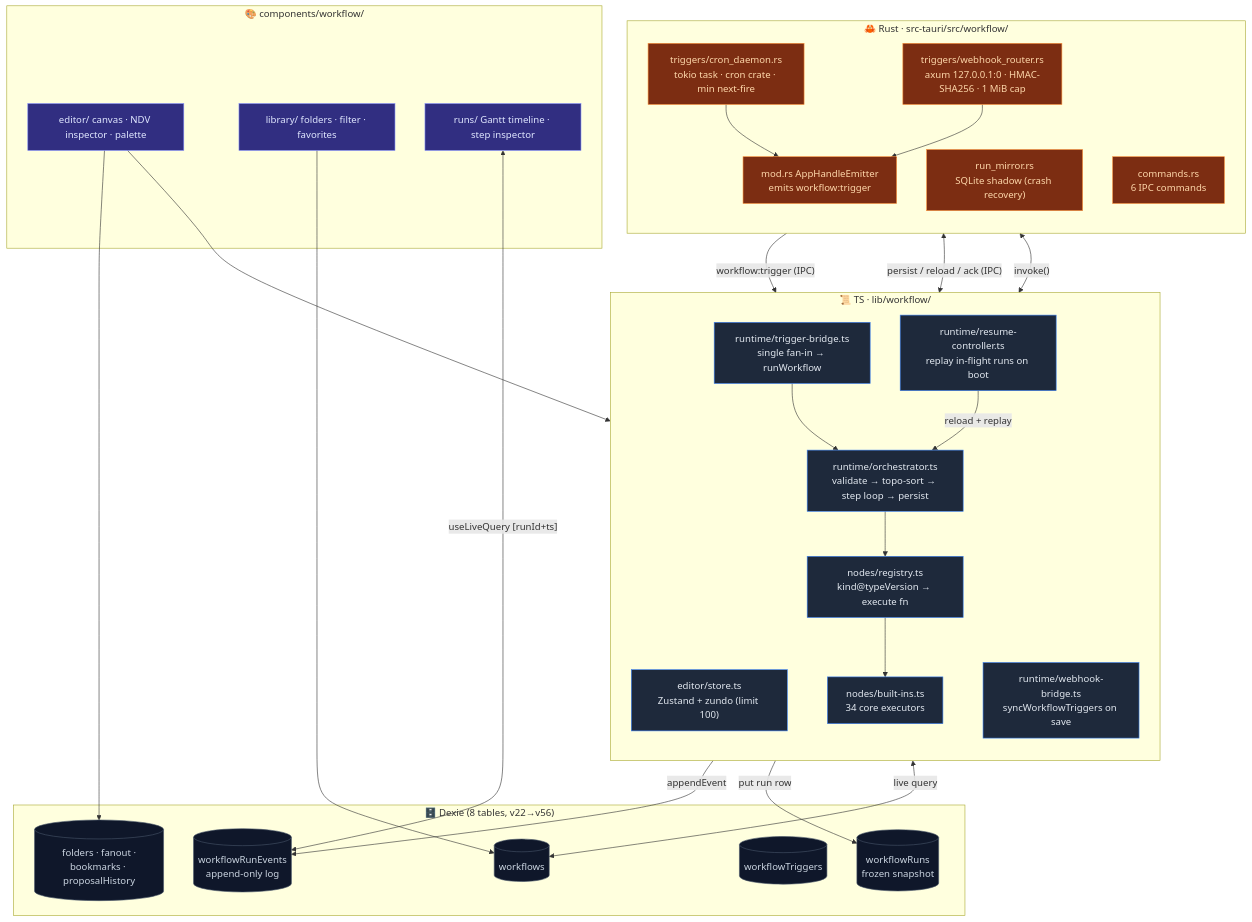
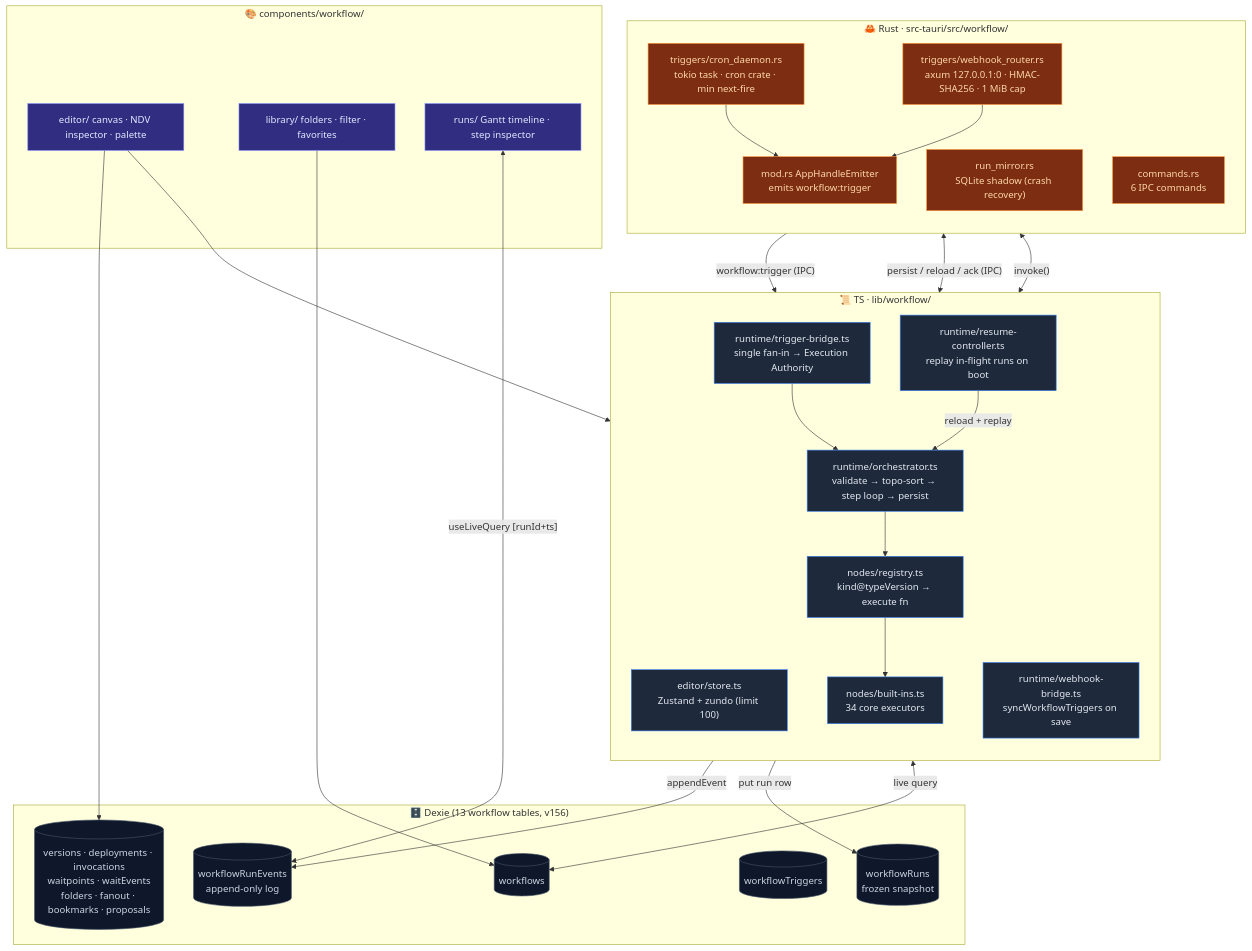
The diagram in docs/content/docs/en/subsystems/visual-workflows/index.mdx (MaxQian888/cognia-next), drawn with Mermaid before and after one commit. The commit also changed other lines of this file and 93 other files, not shown here.

First line of the commit message:
feat(workflow): persist governed execution state

````diff
--- a/docs/content/docs/en/subsystems/visual-workflows/index.mdx
+++ b/docs/content/docs/en/subsystems/visual-workflows/index.mdx
@@ -47,63 +47,63 @@
 ```mermaid
 flowchart TB
   subgraph Rust["🦀 Rust · src-tauri/src/workflow/"]
     direction TB
     Cron["triggers/cron_daemon.rs<br/>tokio task · cron crate · min next-fire"]
     Webhook["triggers/webhook_router.rs<br/>axum 127.0.0.1:0 · HMAC-SHA256 · 1 MiB cap"]
     Mirror["run_mirror.rs<br/>SQLite shadow (crash recovery)"]
     Commands["commands.rs<br/>6 IPC commands"]
     Emitter["mod.rs AppHandleEmitter<br/>emits workflow:trigger"]
   end
 
   subgraph TS["📜 TS · lib/workflow/"]
     direction TB
     Editor["editor/store.ts<br/>Zustand + zundo (limit 100)"]
     Orchestrator["runtime/orchestrator.ts<br/>validate → topo-sort → step loop → persist"]
     Registry["nodes/registry.ts<br/>kind@typeVersion → execute fn"]
     BuiltIns["nodes/built-ins.ts<br/>34 core executors"]
-    TriggerBridge["runtime/trigger-bridge.ts<br/>single fan-in → runWorkflow"]
+    TriggerBridge["runtime/trigger-bridge.ts<br/>single fan-in → Execution Authority"]
     WebhookBridge["runtime/webhook-bridge.ts<br/>syncWorkflowTriggers on save"]
     Resume["runtime/resume-controller.ts<br/>replay in-flight runs on boot"]
   end
 
-  subgraph Storage["🗄️ Dexie (8 tables, v22→v56)"]
+  subgraph Storage["🗄️ Dexie (13 workflow tables, v156)"]
     Workflows[(workflows)]
     Runs[(workflowRuns<br/>frozen snapshot)]
     Events[(workflowRunEvents<br/>append-only log)]
     Triggers[(workflowTriggers)]
-    Aux[(folders · fanout ·<br/>bookmarks · proposalHistory)]
+    Aux[(versions · deployments · invocations<br/>waitpoints · waitEvents<br/>folders · fanout · bookmarks · proposals)]
   end
 
   subgraph UI["🎨 components/workflow/"]
     Canvas["editor/ canvas · NDV inspector · palette"]
     Library["library/ folders · filter · favorites"]
     Runs2["runs/ Gantt timeline · step inspector"]
   end
 
   Cron --> Emitter
   Webhook --> Emitter
   Emitter -- "workflow:trigger (IPC)" --> TriggerBridge
   Mirror <-- "persist / reload / ack (IPC)" --> Orchestrator
   Commands <-- "invoke()" --> WebhookBridge
 
   TriggerBridge --> Orchestrator
   Orchestrator --> Registry --> BuiltIns
   Orchestrator -- "appendEvent" --> Events
   Orchestrator -- "put run row" --> Runs
   Resume -- "reload + replay" --> Orchestrator
   Editor <-- "live query" --> Workflows
   Runs2 <-- "useLiveQuery [runId+ts]" --> Events
 
   Canvas --> Editor
   Library --> Workflows
   Canvas --> Aux
 
   classDef rust fill:#7c2d12,stroke:#fb923c,color:#fed7aa
   classDef ts fill:#1e293b,stroke:#3b82f6,color:#e2e8f0
   classDef storage fill:#0f172a,stroke:#475569,color:#cbd5e1
   classDef ui fill:#312e81,stroke:#818cf8,color:#e0e7ff
   class Cron,Webhook,Mirror,Commands,Emitter rust
   class Editor,Orchestrator,Registry,BuiltIns,TriggerBridge,WebhookBridge,Resume ts
   class Workflows,Runs,Events,Triggers,Aux storage
   class Canvas,Library,Runs2 ui
 ```
````
